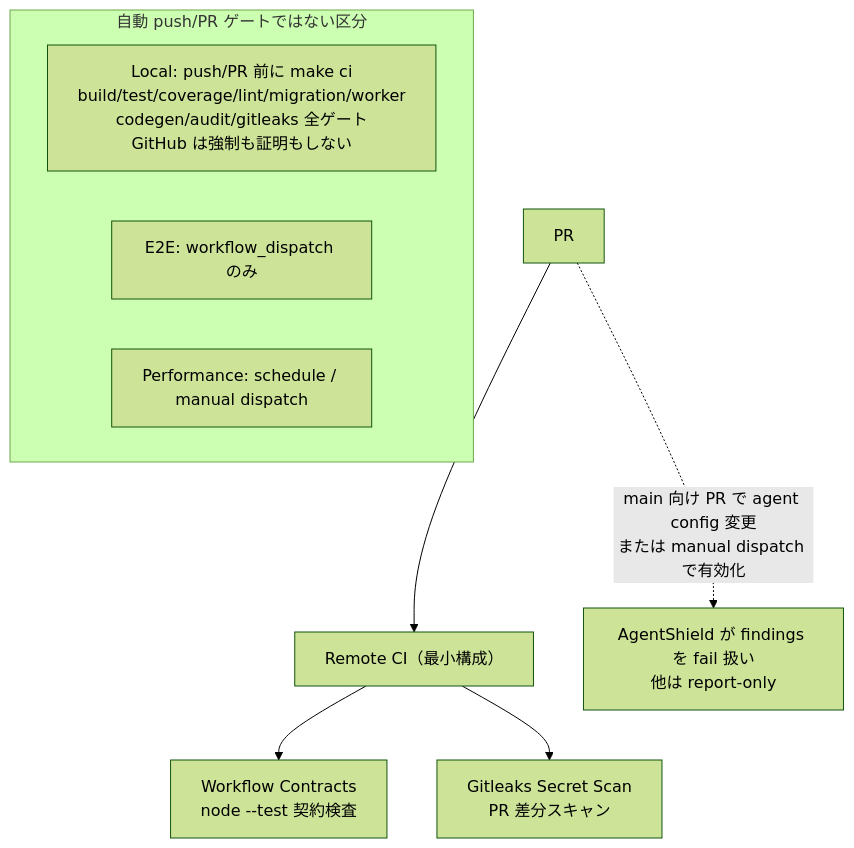
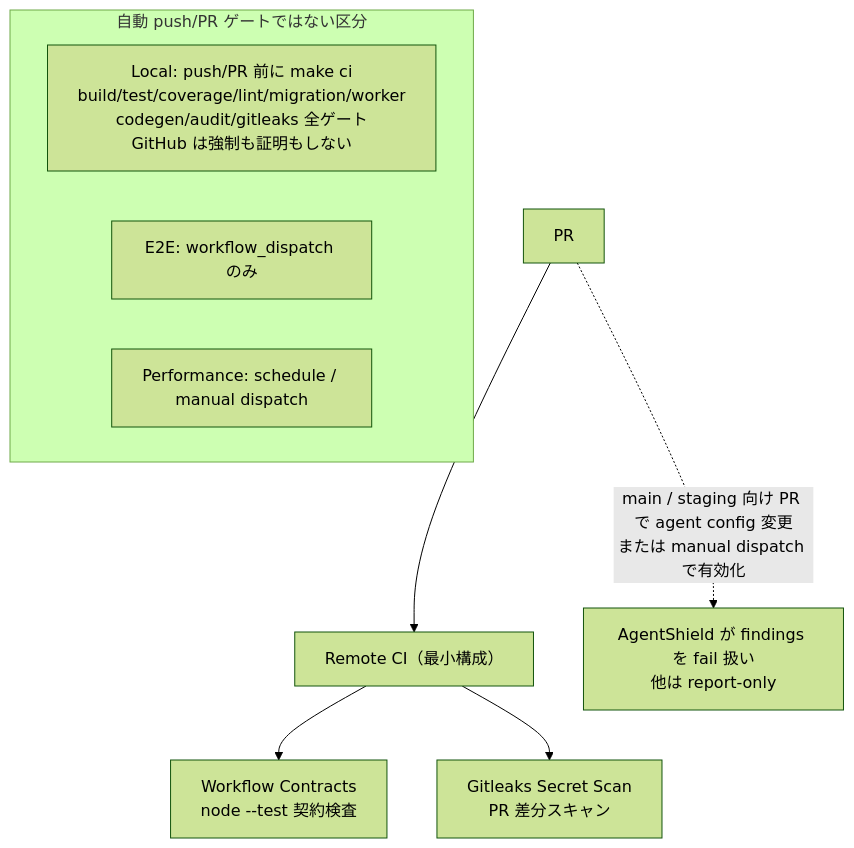
The diagram in docs/ops/ci-policy.md (MinoruSoga/AnimalEkarte), drawn with Mermaid (forest theme) before and after one commit. The commit also changed other lines of this file and 2 other files, not shown here.

Commit message:
fix: enforce AgentShield findings on staging config PRs

````diff
--- a/docs/ops/ci-policy.md
+++ b/docs/ops/ci-policy.md
@@ -17,12 +17,12 @@
 ```mermaid
 flowchart TB
     Push["PR"] --> Remote["Remote CI（最小構成）"]
     Remote --> WC["Workflow Contracts<br/>node --test 契約検査"]
     Remote --> GL["Gitleaks Secret Scan<br/>PR 差分スキャン"]
-    Push -.->|"main 向け PR で agent config 変更<br/>または manual dispatch で有効化"| AS["AgentShield が findings を fail 扱い<br/>他は report-only"]
+    Push -.->|"main / staging 向け PR で agent config 変更<br/>または manual dispatch で有効化"| AS["AgentShield が findings を fail 扱い<br/>他は report-only"]
     subgraph NonAuto["自動 push/PR ゲートではない区分"]
         L["Local: push/PR 前に make ci<br/>build/test/coverage/lint/migration/worker<br/>codegen/audit/gitleaks 全ゲート<br/>GitHub は強制も証明もしない"]
         E["E2E: workflow_dispatch のみ"]
         Perf["Performance: schedule / manual dispatch"]
     end
 ```
````
